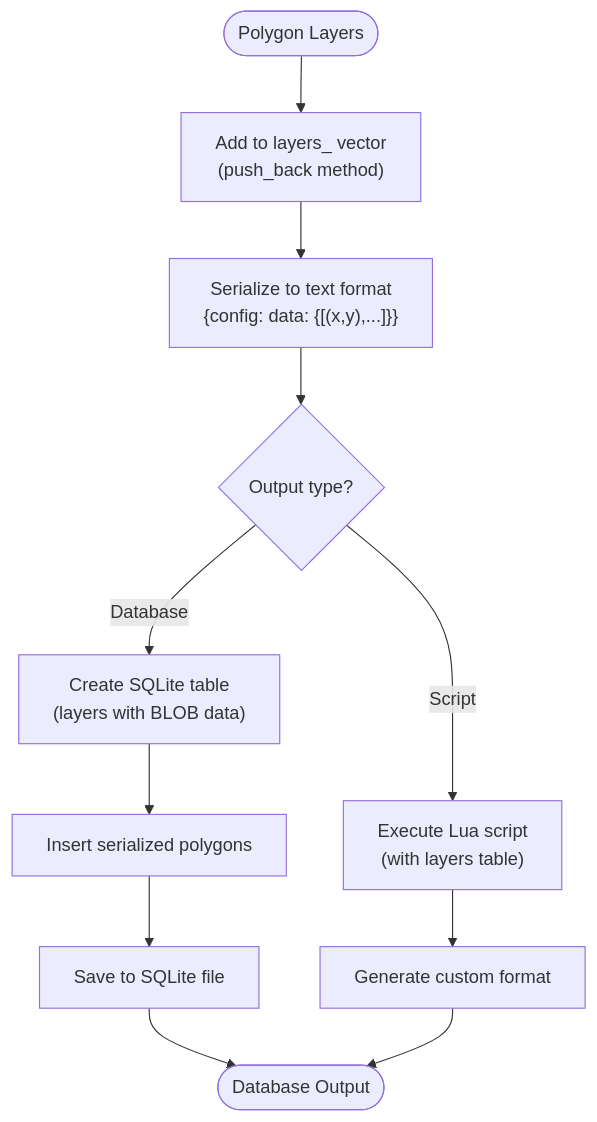
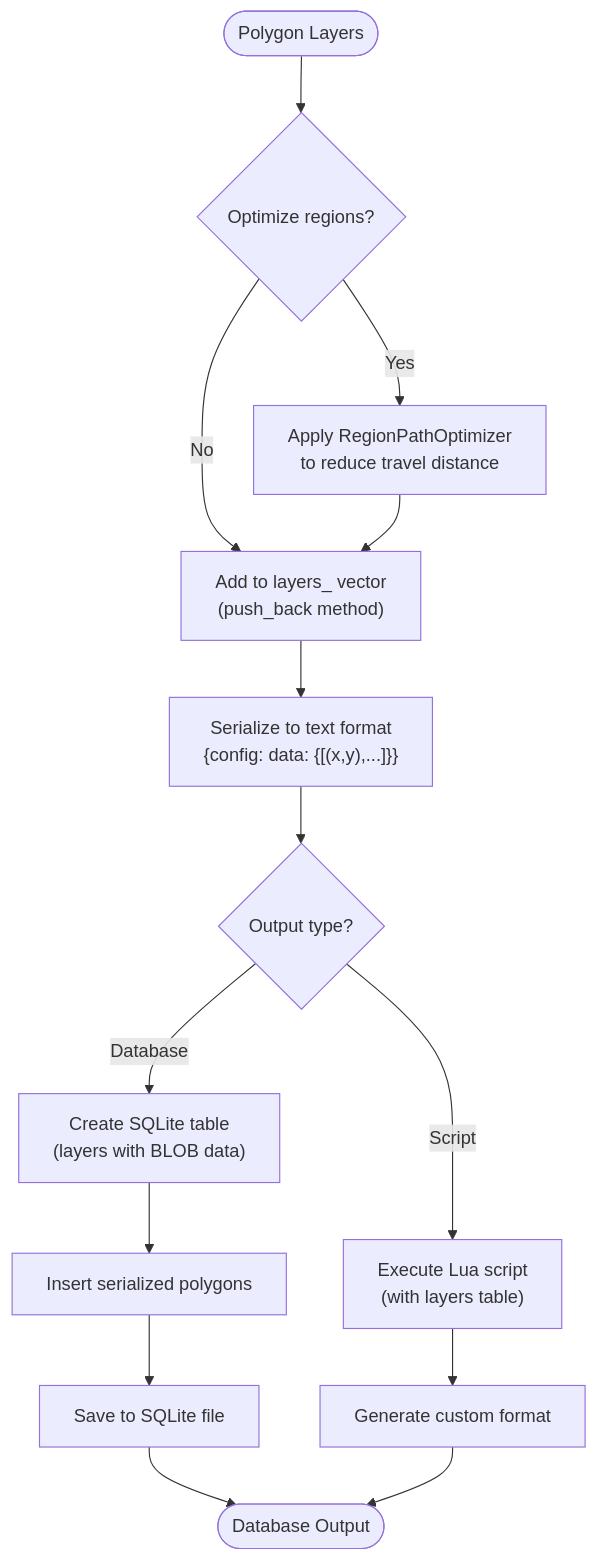
The fifth of 6 diagrams in .qoder/repowiki/en/content/Path Generation/Path Generation.md (hsmbanlance/HsBaSlicer), drawn with Mermaid before and after one commit. The commit also changed other lines of this file and 11 other files, not shown here.

````diff
--- a/.qoder/repowiki/en/content/Path Generation/Path Generation.md
+++ b/.qoder/repowiki/en/content/Path Generation/Path Generation.md
@@ -145,13 +281,16 @@
 ```mermaid
 flowchart TD
-Start([Polygon Layers]) --> AddLayer["Add to layers_ vector<br/>(push_back method)"]
+Start([Polygon Layers]) --> Optimize{"Optimize regions?"}
+Optimize --> |Yes| ApplyOpt["Apply RegionPathOptimizer<br/>to reduce travel distance"]
+Optimize --> |No| AddLayer["Add to layers_ vector<br/>(push_back method)"]
+ApplyOpt --> AddLayer
 AddLayer --> Serialize["Serialize to text format<br/>{config: data: {[(x,y),...]}}"]
 Serialize --> CheckOutput{"Output type?"}
 CheckOutput --> |Database| CreateTable["Create SQLite table<br/>(layers with BLOB data)"]
 CheckOutput --> |Script| ExecuteLua["Execute Lua script<br/>(with layers table)"]
 CreateTable --> InsertData["Insert serialized polygons"]
 InsertData --> SaveDB["Save to SQLite file"]
 ExecuteLua --> CustomFormat["Generate custom format"]
 SaveDB --> End([Database Output])
 CustomFormat --> End
 ```
````
